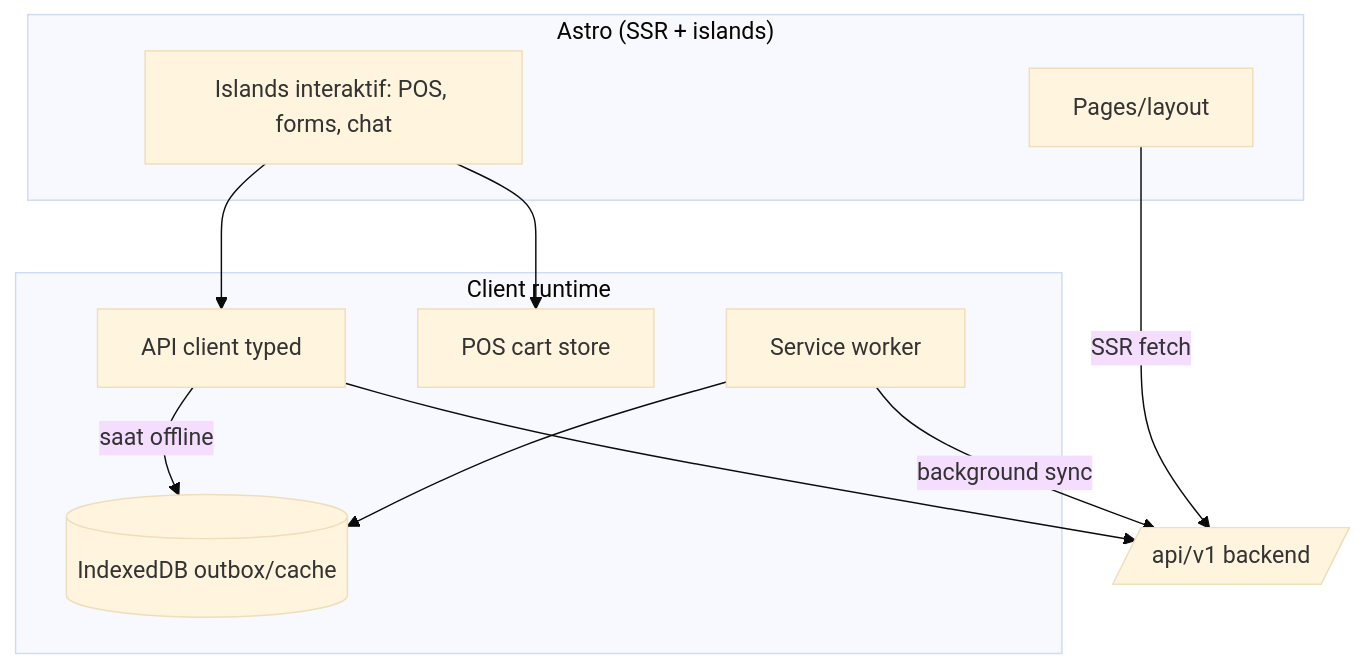
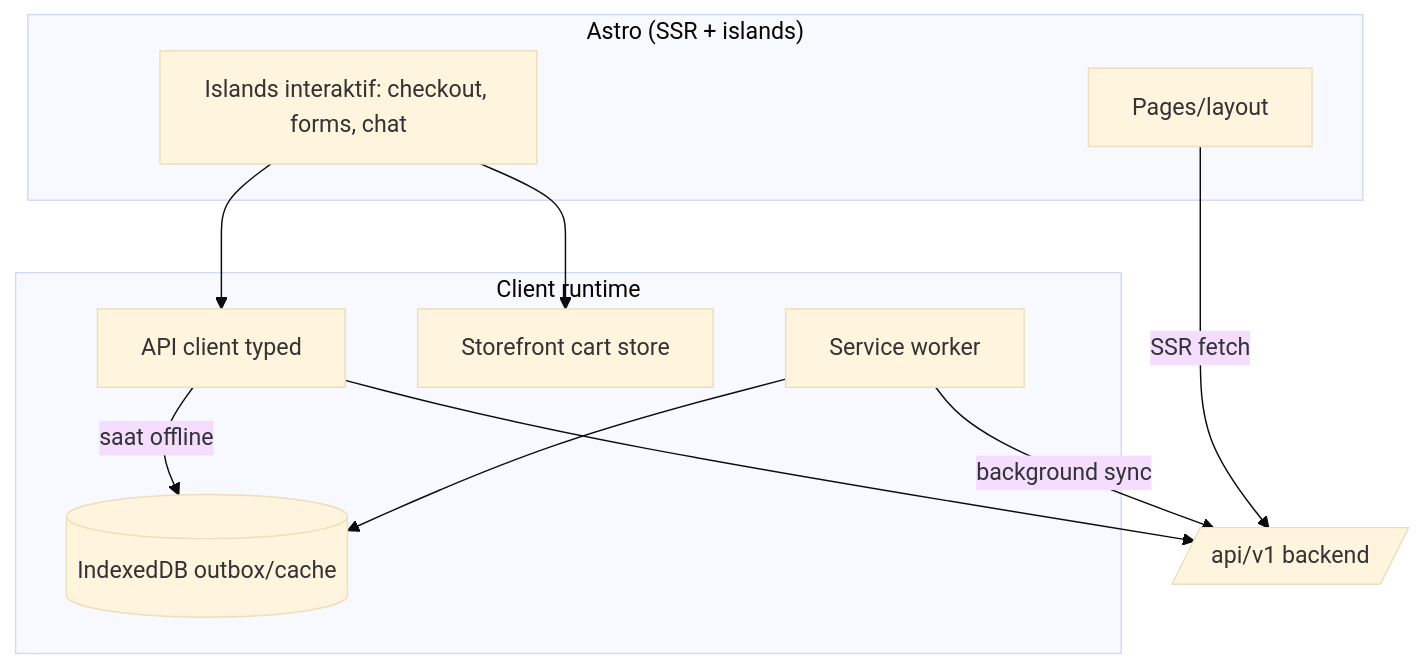
One commit to ahliweb/awcms-micro changed the first of 3 diagrams in docs/awcms-micro/15_frontend_architecture_integration.md. Above: the diagram before and after it, drawn with Mermaid (base theme). The commit also changed other lines of this file and 24 other files, not shown here.

First line of the commit message:
docs(adr-0034): Round 2 — reframe docs 02–19 running examples from retail/POS to website/online-store (#301)

````diff
--- a/docs/awcms-micro/15_frontend_architecture_integration.md
+++ b/docs/awcms-micro/15_frontend_architecture_integration.md
@@ -40,20 +40,20 @@
 ```mermaid
 flowchart TB
   subgraph Astro["Astro (SSR + islands)"]
     Pages[Pages/layout]
-    Islands[Islands interaktif: POS, forms, chat]
+    Islands[Islands interaktif: checkout, forms, chat]
   end
   subgraph FE["Client runtime"]
     Client[API client typed]
-    Store[POS cart store]
+    Store[Storefront cart store]
     SW[Service worker]
     IDB[(IndexedDB outbox/cache)]
   end
   API[/api/v1 backend/]
   Pages -->|SSR fetch| API
   Islands --> Client --> API
   Islands --> Store
   Client -->|saat offline| IDB
   SW --> IDB
   SW -->|background sync| API
 ```
````
